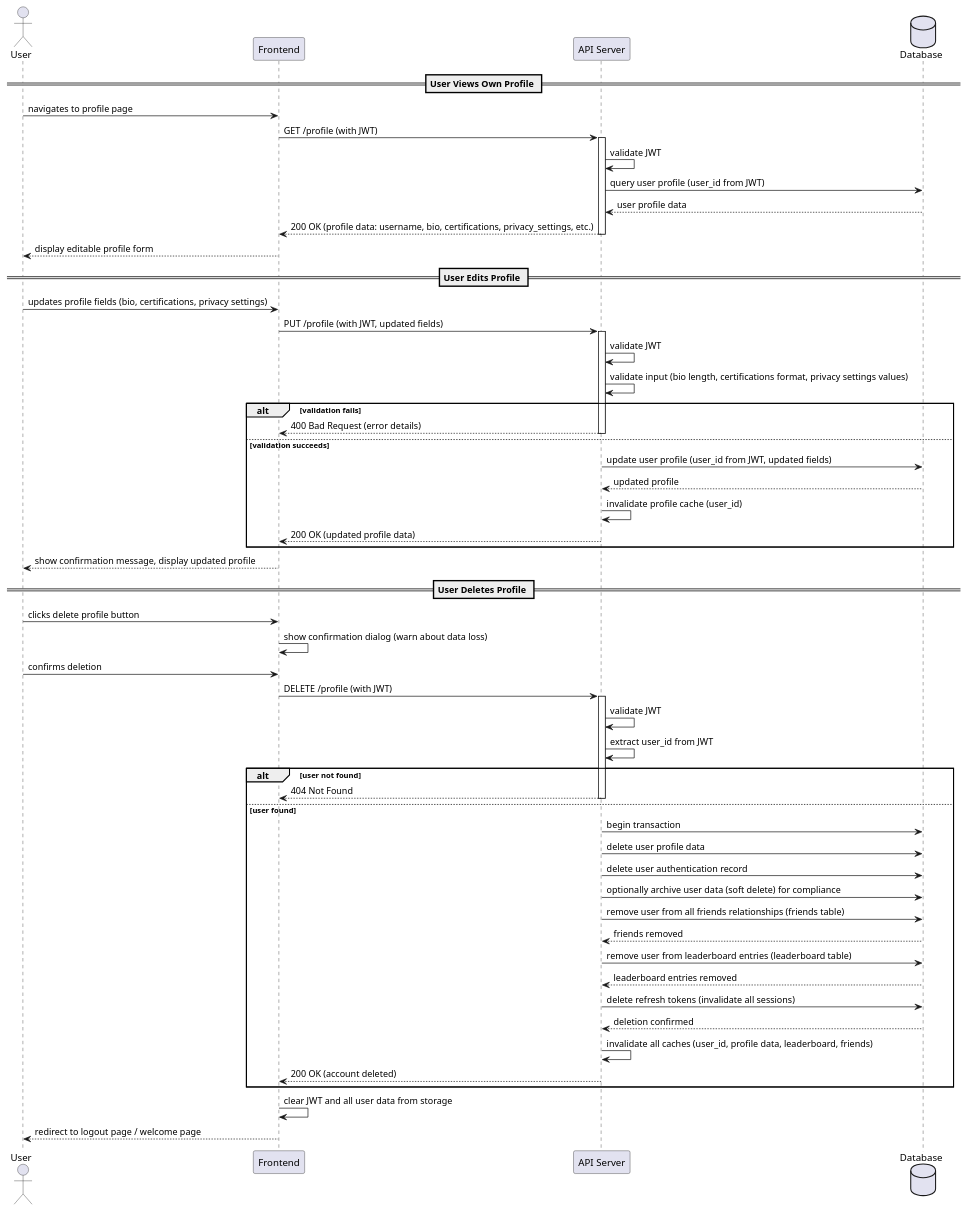
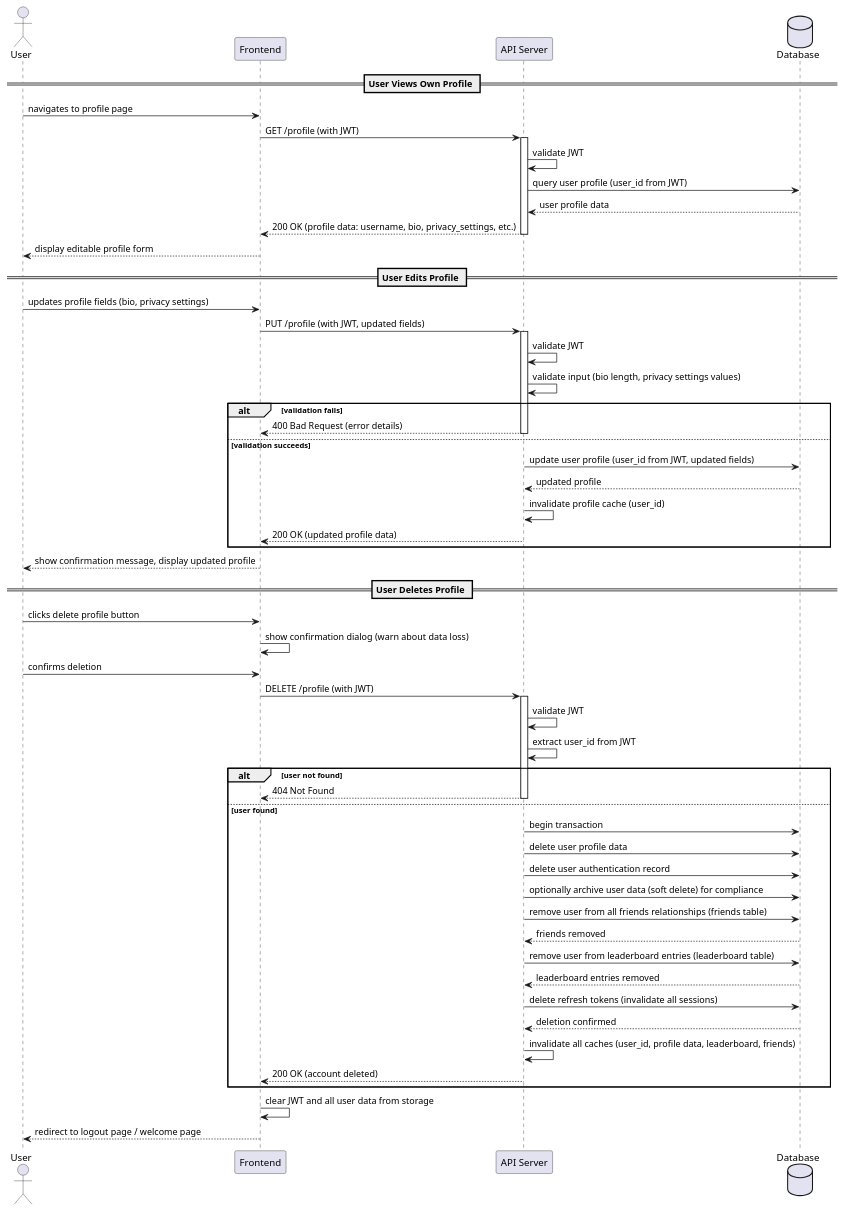
The diagram in designs/sequences/user_profiles/view_edit_own_profile.puml (MikeF0007/reef-connect), drawn with PlantUML before and after one commit. The commit also changed 4 other files, not shown here.

```diff
--- a/designs/sequences/user_profiles/view_edit_own_profile.puml
+++ b/designs/sequences/user_profiles/view_edit_own_profile.puml
@@ -1,64 +1,64 @@
 @startuml View/Edit Own Profile Sequence
 actor User
 participant Frontend
 participant "API Server" as API
 database "Database" as DB
 
 == User Views Own Profile ==
 User -> Frontend: navigates to profile page
 Frontend -> API: GET /profile (with JWT)
 activate API
 API -> API: validate JWT
 API -> DB: query user profile (user_id from JWT)
 API <-- DB: user profile data
-Frontend <-- API: 200 OK (profile data: username, bio, certifications, privacy_settings, etc.)
+Frontend <-- API: 200 OK (profile data: username, bio, privacy_settings, etc.)
 deactivate API
 User <-- Frontend: display editable profile form
 
 == User Edits Profile ==
-User -> Frontend: updates profile fields (bio, certifications, privacy settings)
+User -> Frontend: updates profile fields (bio, privacy settings)
 Frontend -> API: PUT /profile (with JWT, updated fields)
 activate API
 API -> API: validate JWT
-API -> API: validate input (bio length, certifications format, privacy settings values)
+API -> API: validate input (bio length, privacy settings values)
 alt validation fails
     API --> Frontend: 400 Bad Request (error details)
     deactivate API
 else validation succeeds
     API -> DB: update user profile (user_id from JWT, updated fields)
     API <-- DB: updated profile
     API -> API: invalidate profile cache (user_id)
     Frontend <-- API: 200 OK (updated profile data)
     deactivate API
 end
 User <-- Frontend: show confirmation message, display updated profile
 
 == User Deletes Profile ==
 User -> Frontend: clicks delete profile button
 Frontend -> Frontend: show confirmation dialog (warn about data loss)
 User -> Frontend: confirms deletion
 Frontend -> API: DELETE /profile (with JWT)
 activate API
 API -> API: validate JWT
 API -> API: extract user_id from JWT
 alt user not found
     Frontend <-- API: 404 Not Found
     deactivate API
 else user found
     API -> DB: begin transaction
     API -> DB: delete user profile data
     API -> DB: delete user authentication record
     API -> DB: optionally archive user data (soft delete) for compliance
     API -> DB: remove user from all friends relationships (friends table)
     API <-- DB: friends removed
     API -> DB: remove user from leaderboard entries (leaderboard table)
     API <-- DB: leaderboard entries removed
     API -> DB: delete refresh tokens (invalidate all sessions)
     API <-- DB: deletion confirmed
     API -> API: invalidate all caches (user_id, profile data, leaderboard, friends)
     Frontend <-- API: 200 OK (account deleted)
     deactivate API
 end
 Frontend -> Frontend: clear JWT and all user data from storage
 User <-- Frontend: redirect to logout page / welcome page
 @enduml
```
